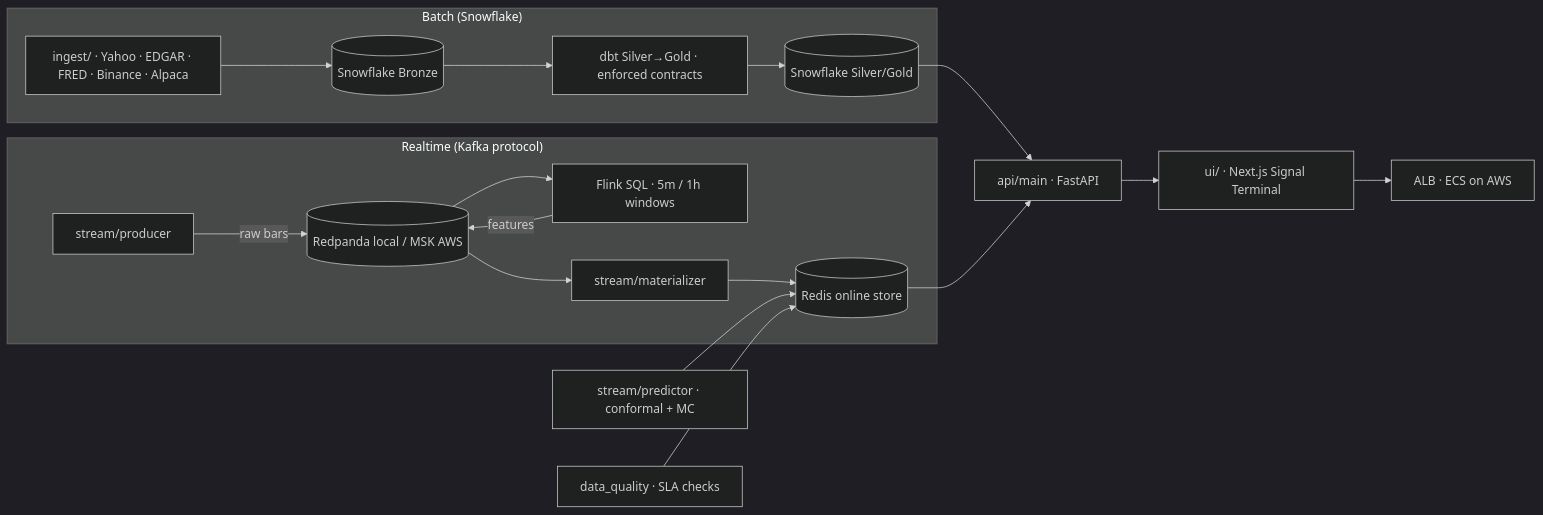
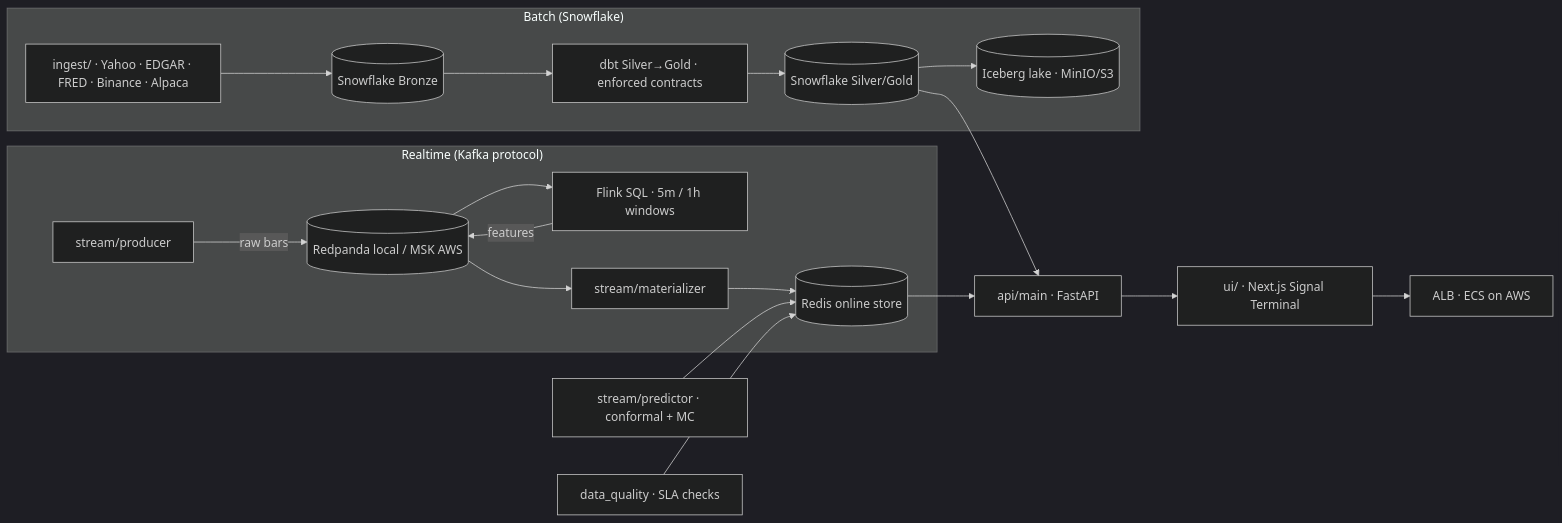
Before and after one commit to dhanyamd/mlops: the diagram in quant_signal/README.md, drawn with Mermaid (dark theme). The commit also changed other lines of this file and 8 other files, not shown here.

First line of the commit message:
feat: Iceberg data lake tier (Build #4) — Snowflake mart versioned to MinIO/S3

````diff
--- a/quant_signal/README.md
+++ b/quant_signal/README.md
@@ -42,25 +43,26 @@
 ```mermaid
 flowchart LR
     subgraph Batch["Batch (Snowflake)"]
         ING[ingest/ · Yahoo · EDGAR · FRED · Binance · Alpaca]
         DBT[dbt Silver→Gold · enforced contracts]
         ING --> BRONZE[(Snowflake Bronze)]
         BRONZE --> DBT --> MART[(Snowflake Silver/Gold)]
+        MART --> LAKE[(Iceberg lake · MinIO/S3)]
     end
 
     subgraph Realtime["Realtime (Kafka protocol)"]
         PROD[stream/producer]
         PROD -->|raw bars| KAFKA[(Redpanda local / MSK AWS)]
         FLINK[Flink SQL · 5m / 1h windows]
         KAFKA --> FLINK -->|features| KAFKA
         MAT[stream/materializer] --> REDIS[(Redis online store)]
         KAFKA --> MAT
     end
 
     MART --> API[api/main · FastAPI]
     REDIS --> API
     PRED[stream/predictor · conformal + MC] --> REDIS
     QUAL[data_quality · SLA checks] --> REDIS
     API --> UI[ui/ · Next.js Signal Terminal]
     UI --> ALB[ALB · ECS on AWS]
 ```
````
